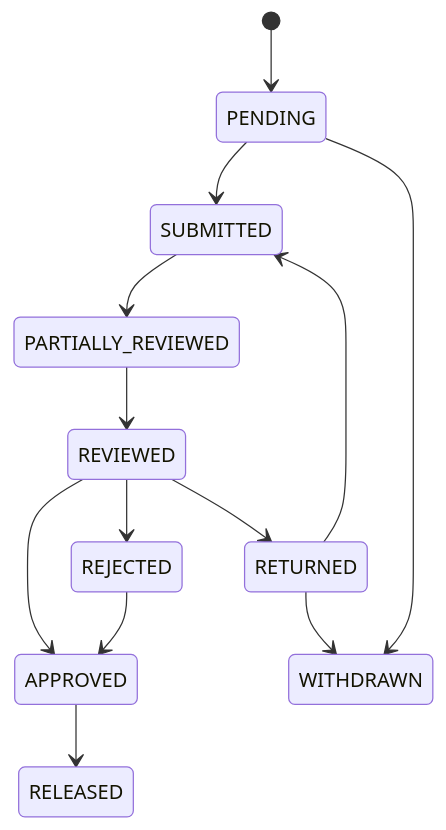
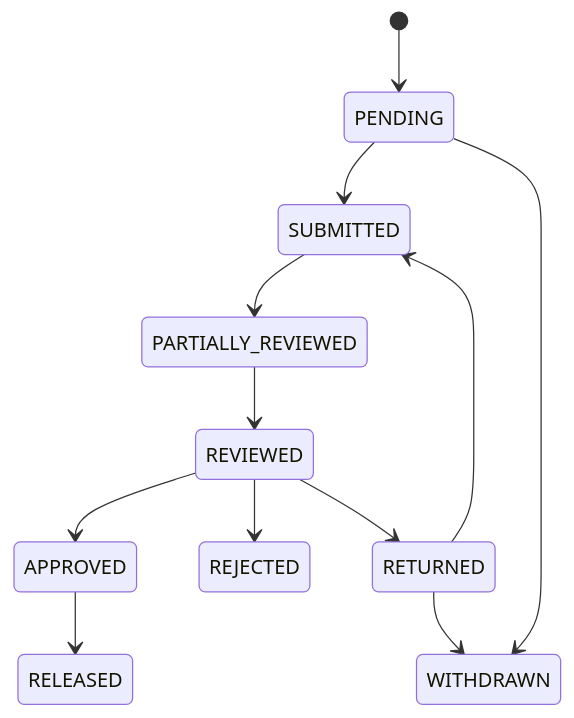
One commit to opensafely-core/airlock changed the diagram in docs/request-states.md. Above: the diagram before and after it, drawn with Mermaid. The commit also changed 2 other files, not shown here.

Commit message:
Remove state transition from REJECTED to APPROVED

````diff
--- a/docs/request-states.md
+++ b/docs/request-states.md
@@ -6,15 +6,14 @@
 ```mermaid
 stateDiagram-v2
     [*] --> PENDING
     PENDING --> SUBMITTED
     PENDING --> WITHDRAWN
     SUBMITTED --> PARTIALLY_REVIEWED
     PARTIALLY_REVIEWED --> REVIEWED
     REVIEWED --> APPROVED
     REVIEWED --> REJECTED
     REVIEWED --> RETURNED
     RETURNED --> SUBMITTED
     RETURNED --> WITHDRAWN
     APPROVED --> RELEASED
-    REJECTED --> APPROVED
 ```
````
